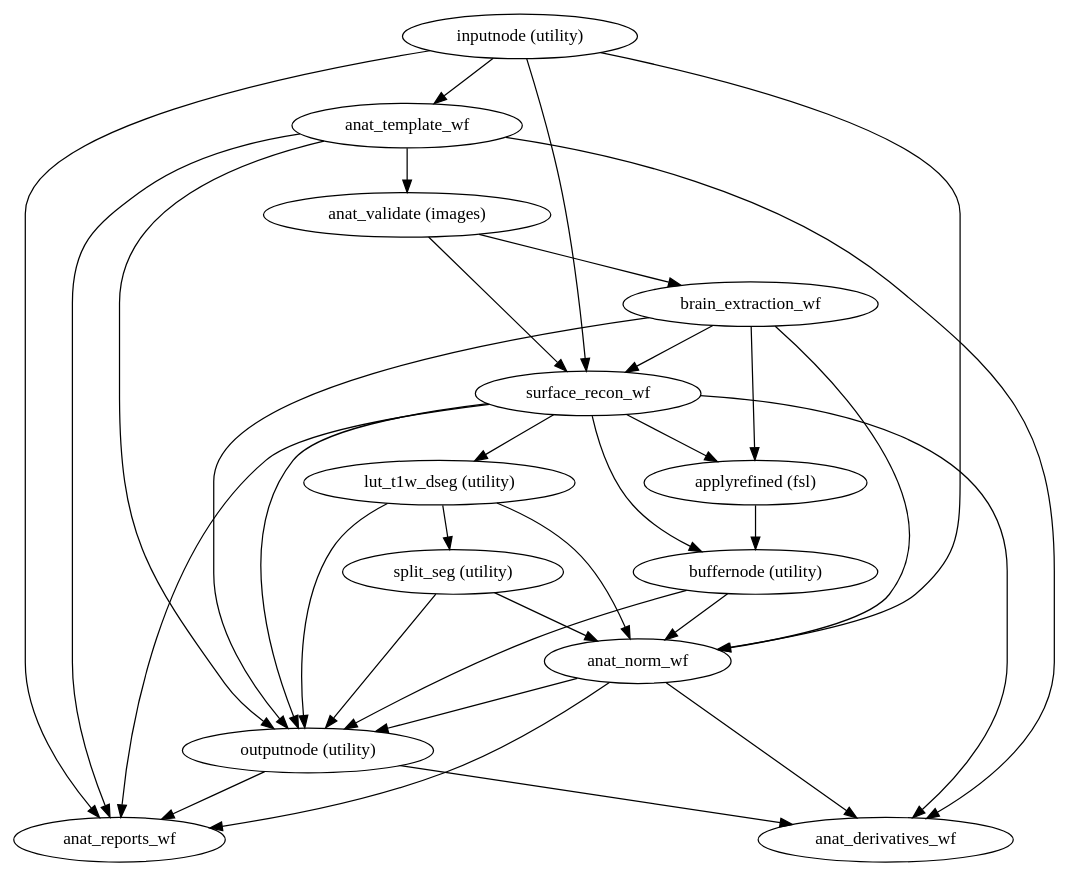
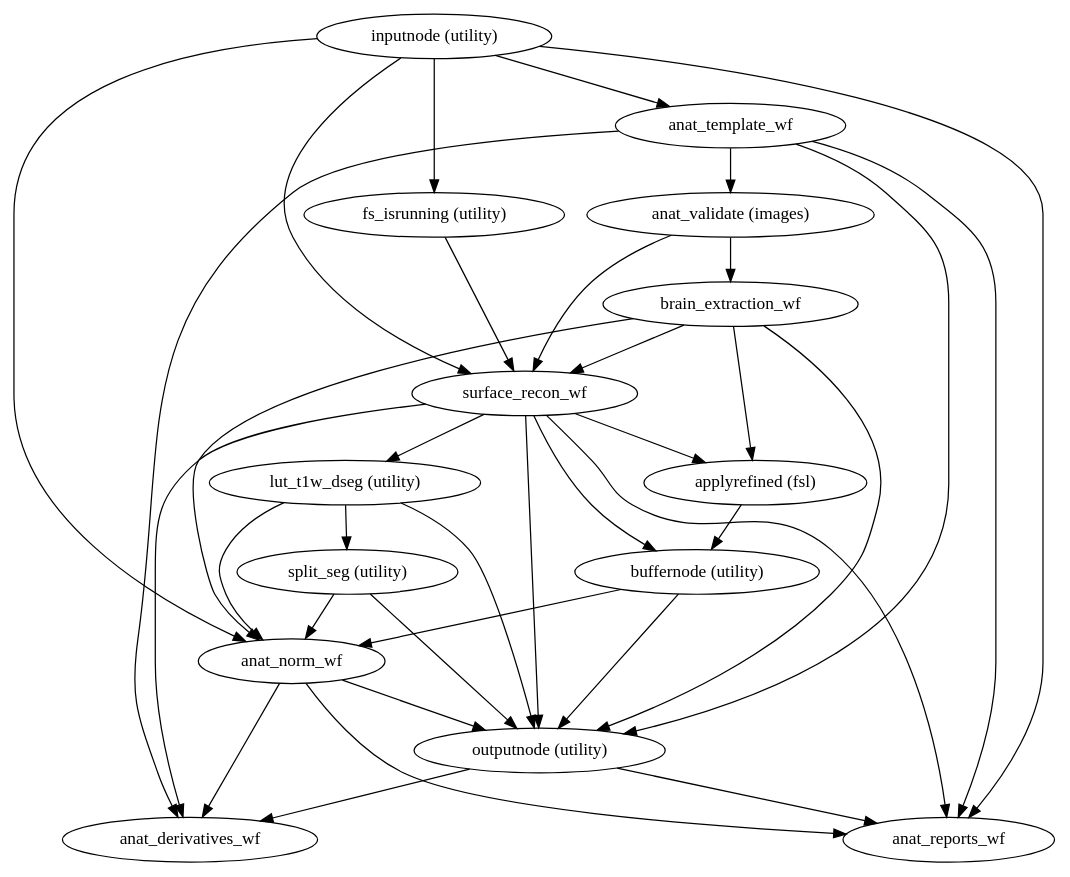
One commit to nuKs/smriprep changed the diagram in 0.6.2/wf_directive/api/anat_preproc_wf/smriprep-workflows-anatomical-1.dot. Above: the diagram before and after it, drawn with Graphviz. The commit also changed 1444 other files, not shown here.

```diff
--- a/0.6.2/wf_directive/api/anat_preproc_wf/smriprep-workflows-anatomical-1.dot
+++ b/0.6.2/wf_directive/api/anat_preproc_wf/smriprep-workflows-anatomical-1.dot
@@ -1,48 +1,51 @@
 strict digraph  {
 "outputnode (utility)";
 anat_reports_wf;
 anat_derivatives_wf;
 "inputnode (utility)";
 anat_template_wf;
 anat_norm_wf;
+"fs_isrunning (utility)";
 surface_recon_wf;
 "anat_validate (images)";
 brain_extraction_wf;
 "applyrefined (fsl)";
 "buffernode (utility)";
 "lut_t1w_dseg (utility)";
 "split_seg (utility)";
 "outputnode (utility)" -> anat_reports_wf;
 "outputnode (utility)" -> anat_derivatives_wf;
 "inputnode (utility)" -> anat_template_wf;
 "inputnode (utility)" -> anat_norm_wf;
 "inputnode (utility)" -> anat_reports_wf;
+"inputnode (utility)" -> "fs_isrunning (utility)";
 "inputnode (utility)" -> surface_recon_wf;
 anat_template_wf -> "anat_validate (images)";
 anat_template_wf -> "outputnode (utility)";
 anat_template_wf -> anat_reports_wf;
 anat_template_wf -> anat_derivatives_wf;
 anat_norm_wf -> "outputnode (utility)";
 anat_norm_wf -> anat_reports_wf;
 anat_norm_wf -> anat_derivatives_wf;
+"fs_isrunning (utility)" -> surface_recon_wf;
 surface_recon_wf -> "applyrefined (fsl)";
 surface_recon_wf -> "lut_t1w_dseg (utility)";
 surface_recon_wf -> "outputnode (utility)";
 surface_recon_wf -> "buffernode (utility)";
 surface_recon_wf -> anat_reports_wf;
 surface_recon_wf -> anat_derivatives_wf;
 "anat_validate (images)" -> brain_extraction_wf;
 "anat_validate (images)" -> surface_recon_wf;
 brain_extraction_wf -> "outputnode (utility)";
 brain_extraction_wf -> anat_norm_wf;
 brain_extraction_wf -> surface_recon_wf;
 brain_extraction_wf -> "applyrefined (fsl)";
 "applyrefined (fsl)" -> "buffernode (utility)";
 "buffernode (utility)" -> "outputnode (utility)";
 "buffernode (utility)" -> anat_norm_wf;
 "lut_t1w_dseg (utility)" -> anat_norm_wf;
 "lut_t1w_dseg (utility)" -> "outputnode (utility)";
 "lut_t1w_dseg (utility)" -> "split_seg (utility)";
 "split_seg (utility)" -> anat_norm_wf;
 "split_seg (utility)" -> "outputnode (utility)";
 }
```
